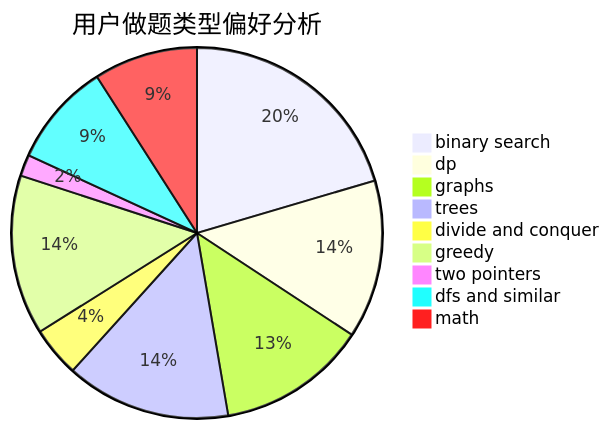
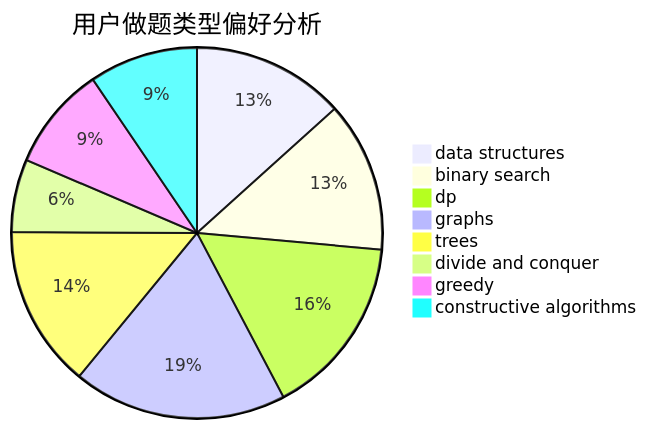
One commit to sherpahu/cfrs.github.io changed the second of 3 diagrams in docs/user/u347.md. Above: the diagram before and after it, drawn with Mermaid. The commit also changed other lines of this file and 2775 other files, not shown here.

````diff
--- a/docs/user/u347.md
+++ b/docs/user/u347.md
@@ -23,12 +23,11 @@
 ```mermaid
 pie title 用户做题类型偏好分析
-    "binary search" :  318
-    "dp" :  215
-    "graphs" :  203
-    "trees" :  224
-    "divide and conquer" :  68
-    "greedy" :  217
-    "two pointers" :  29
-    "dfs and similar" :  141
-    "math" :  141
+    "data structures" :  132
+    "binary search" :  130
+    "dp" :  157
+    "graphs" :  185
+    "trees" :  140
+    "divide and conquer" :  63
+    "greedy" :  90
+    "constructive algorithms" :  94
 ```
````
